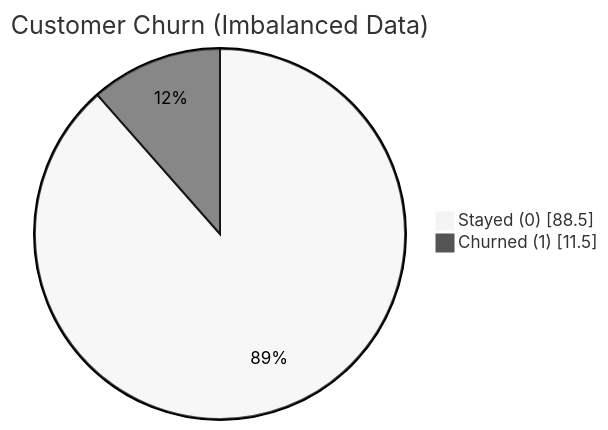
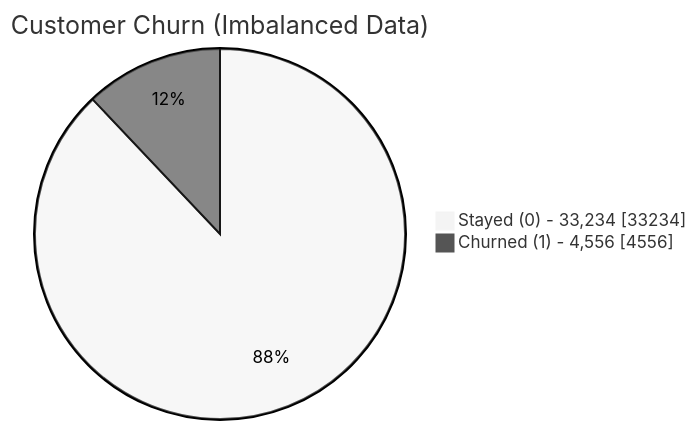
One commit to sidhantds/Insurance-Churn-Prediction changed the first of 7 diagrams in README.md. Above: the diagram before and after it, drawn with Mermaid (neutral theme). The commit also changed other lines of this file, not shown here.

````diff
--- a/README.md
+++ b/README.md
@@ -33,5 +34,5 @@
 ```mermaid
 pie showData title Customer Churn (Imbalanced Data)
-    "Stayed (0)" : 88.5
-    "Churned (1)" : 11.5
+    "Stayed (0) - 33,234" : 33234
+    "Churned (1) - 4,556" : 4556
 ```
````
